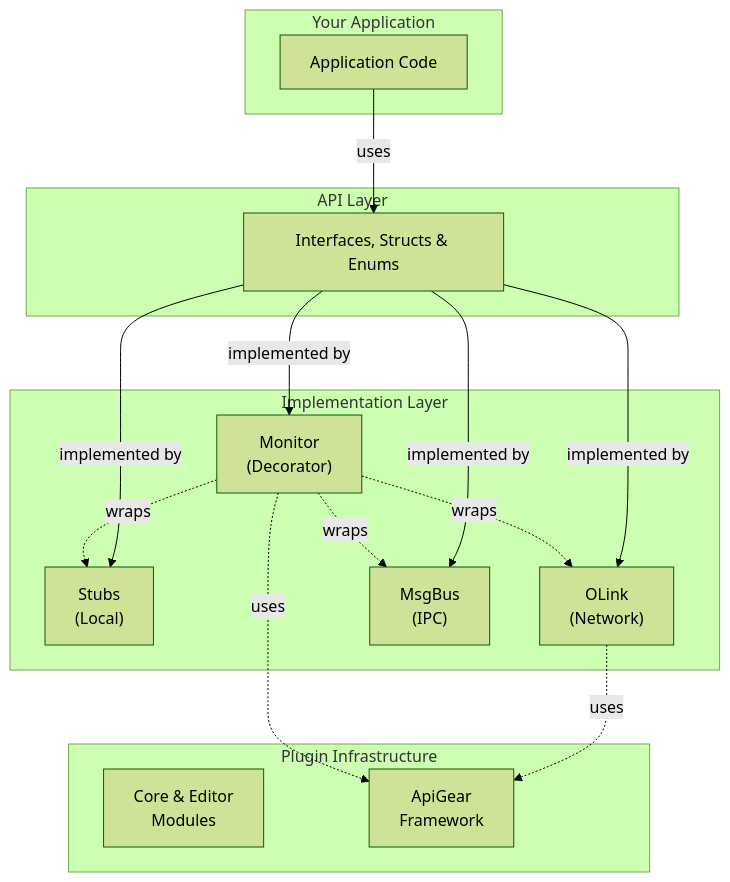
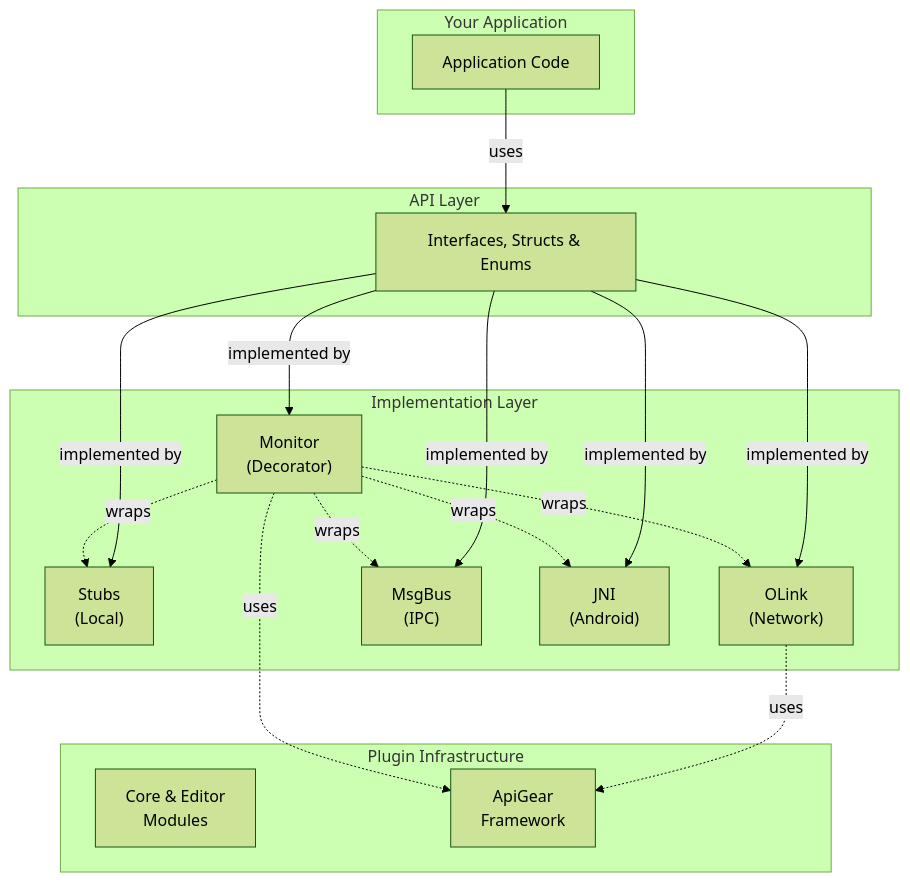
One commit to apigear-io/template-unreal changed the diagram in docs/docs/features/features.md. Above: the diagram before and after it, drawn with Mermaid (forest theme). The commit also changed other lines of this file and 1 other file, not shown here.

Commit message:
docs: update features and architecture diagram

````diff
--- a/docs/docs/features/features.md
+++ b/docs/docs/features/features.md
@@ -50,33 +50,36 @@
 ```mermaid
 graph TD
     subgraph Application[" Your Application "]
         App[Application Code]
     end
 
     subgraph API[" API Layer "]
         Interface[Interfaces, Structs & Enums]
     end
 
     subgraph Implementations[" Implementation Layer "]
         Stubs["Stubs<br/>(Local)"]
         OLink["OLink<br/>(Network)"]
         MsgBus["MsgBus<br/>(IPC)"]
+        JNI["JNI<br/>(Android)"]
         Monitor["Monitor<br/>(Decorator)"]
     end
 
     subgraph Infrastructure[" Plugin Infrastructure "]
         Plugin["Core & Editor<br/>Modules"]
         ApiGear["ApiGear<br/>Framework"]
     end
 
     App -->|uses| Interface
     Interface -->|implemented by| Stubs
     Interface -->|implemented by| OLink
     Interface -->|implemented by| MsgBus
+    Interface -->|implemented by| JNI
     Interface -->|implemented by| Monitor
     Monitor -.->|wraps| Stubs
     Monitor -.->|wraps| OLink
     Monitor -.->|wraps| MsgBus
+    Monitor -.->|wraps| JNI
     OLink -.->|uses| ApiGear
     Monitor -.->|uses| ApiGear
 ```
````
